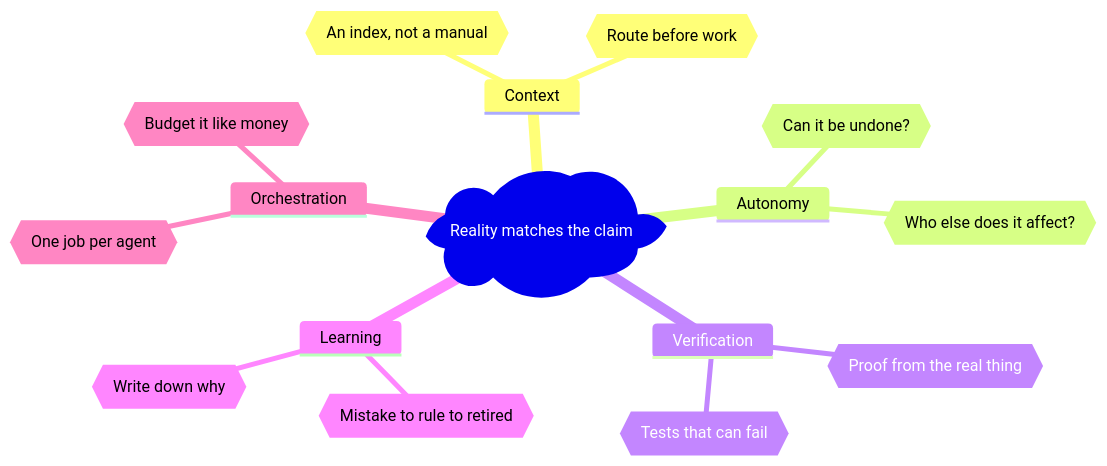
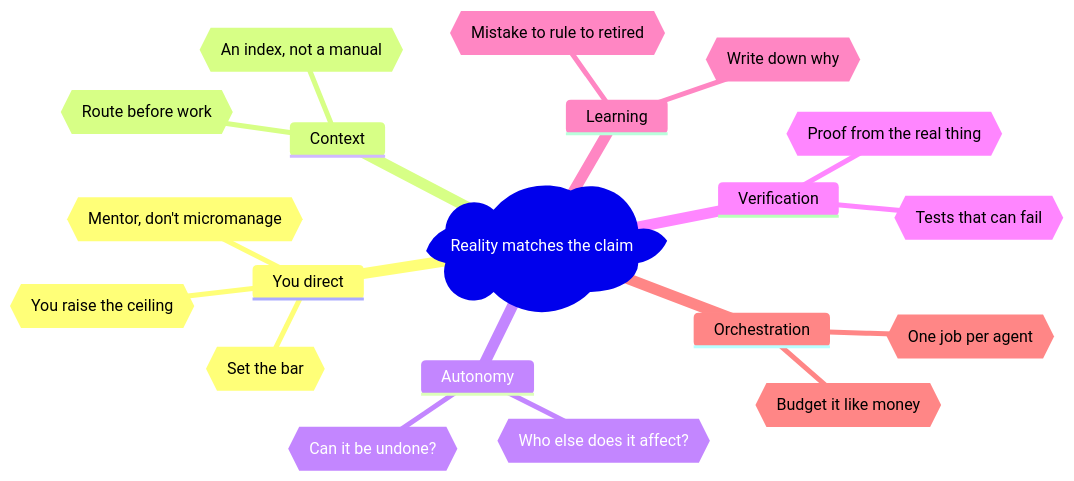
Before and after one commit to Laticent/lattice: the seventh of 7 diagrams in engineering/decisions/2026-09-24-agentic-practice-audit/agentic-engineering-practices.md, drawn with Mermaid. The commit also changed other lines of this file and 2 other files, not shown here.

Commit message:
docs(audit): restore the director branch on the big-picture map
The mindmap color fix (#2374) colors a sixth branch correctly, so the
"You direct" branch comes back with the role slides' three ideas. Drop
the follow-up that tracked the fix.

Claude-Session: https://claude.ai/code/session_019ye9tgjAP7U7kqLhcDX7pi

````diff
--- a/engineering/decisions/2026-09-24-agentic-practice-audit/agentic-engineering-practices.md
+++ b/engineering/decisions/2026-09-24-agentic-practice-audit/agentic-engineering-practices.md
@@ -1034,19 +1034,23 @@
 ```mermaid
 mindmap
   root)Reality matches the claim(
+    You direct
+      {{You raise the ceiling}}
+      {{Set the bar}}
+      {{Mentor, don't micromanage}}
     Context
       {{An index, not a manual}}
       {{Route before work}}
     Autonomy
       {{Can it be undone?}}
       {{Who else does it affect?}}
     Verification
       {{Proof from the real thing}}
       {{Tests that can fail}}
     Learning
       {{Mistake to rule to retired}}
       {{Write down why}}
     Orchestration
       {{One job per agent}}
       {{Budget it like money}}
 ```
````
